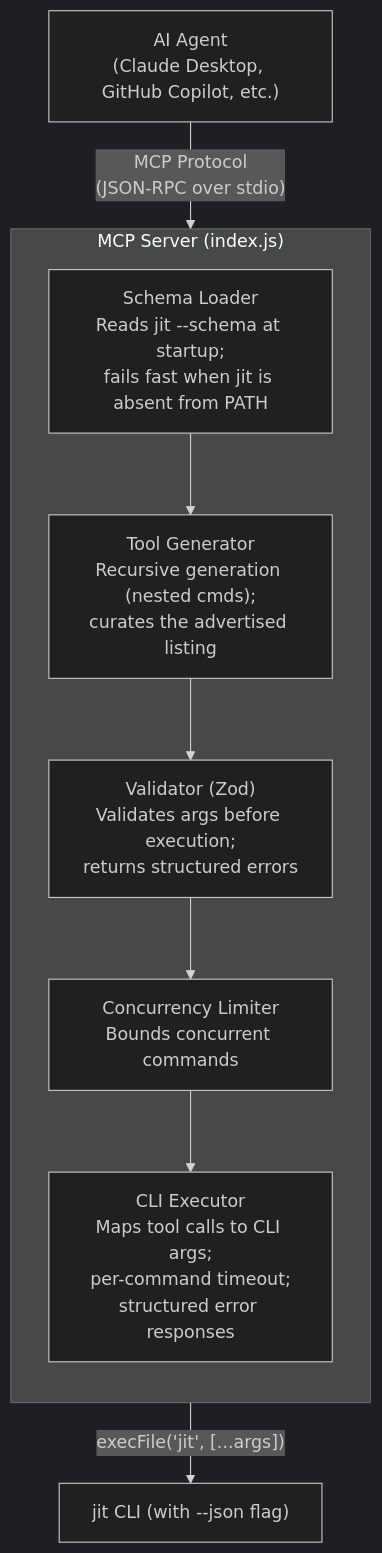
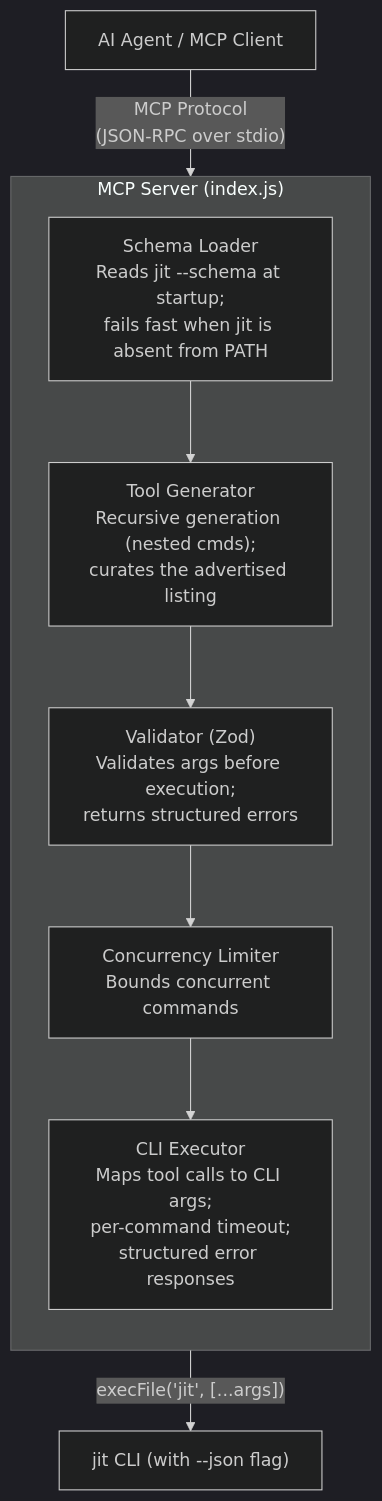
The diagram in mcp-server/README.md (erankavija/just-in-time), drawn with Mermaid (dark theme) before and after one commit. The commit also changed other lines of this file and 177 other files, not shown here.

````diff
--- a/mcp-server/README.md
+++ b/mcp-server/README.md
@@ -329,23 +329,23 @@
 ```mermaid
 flowchart TD
-    Agent["AI Agent<br/>(Claude Desktop, GitHub Copilot, etc.)"]
+    Agent["AI Agent / MCP Client"]
     CLI["jit CLI (with --json flag)"]
 
     Agent -->|"MCP Protocol<br/>(JSON-RPC over stdio)"| Loader
 
     subgraph Server["MCP Server (index.js)"]
         direction TB
         Loader["Schema Loader<br/>Reads jit --schema at startup;<br/>fails fast when jit is absent from PATH"]
         Generator["Tool Generator<br/>Recursive generation (nested cmds);<br/>curates the advertised listing"]
         Validator["Validator (Zod)<br/>Validates args before execution;<br/>returns structured errors"]
         Limiter["Concurrency Limiter<br/>Bounds concurrent commands"]
         Executor["CLI Executor<br/>Maps tool calls to CLI args;<br/>per-command timeout;<br/>structured error responses"]
 
         Loader --> Generator
         Generator --> Validator
         Validator --> Limiter
         Limiter --> Executor
     end
 
     Executor -->|"execFile('jit', [...args])"| CLI
 ```
````
